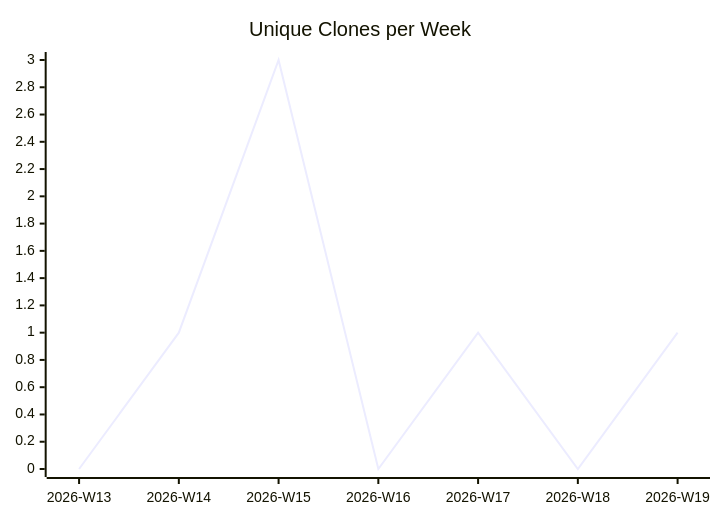
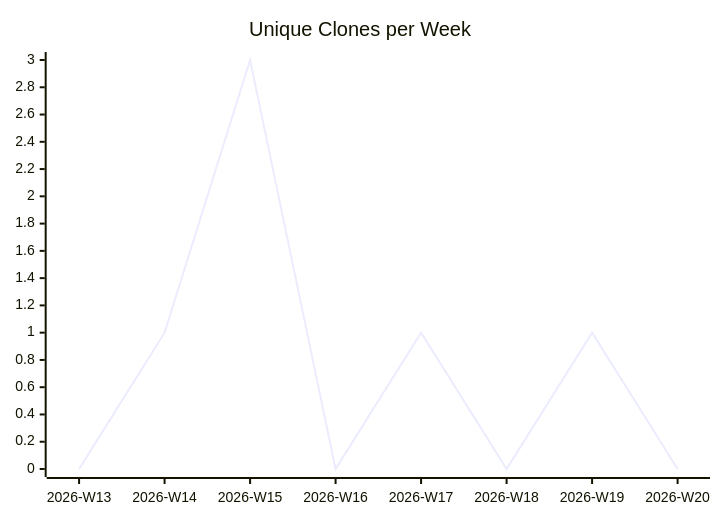
One commit to justdavis-family/github-analytics-data changed the third of 3 diagrams in karlmdavis/FHIR-Server/README.md. Above: the diagram before and after it, drawn with Mermaid. The commit also changed other lines of this file and 176 other files, not shown here.

````diff
--- a/karlmdavis/FHIR-Server/README.md
+++ b/karlmdavis/FHIR-Server/README.md
@@ -19,6 +19,6 @@
 ```mermaid
 xychart-beta
   title "Unique Clones per Week"
-  x-axis ["2026-W13", "2026-W14", "2026-W15", "2026-W16", "2026-W17", "2026-W18", "2026-W19"]
-  line [0, 1, 3, 0, 1, 0, 1]
+  x-axis ["2026-W13", "2026-W14", "2026-W15", "2026-W16", "2026-W17", "2026-W18", "2026-W19", "2026-W20"]
+  line [0, 1, 3, 0, 1, 0, 1, 0]
 ```
````
